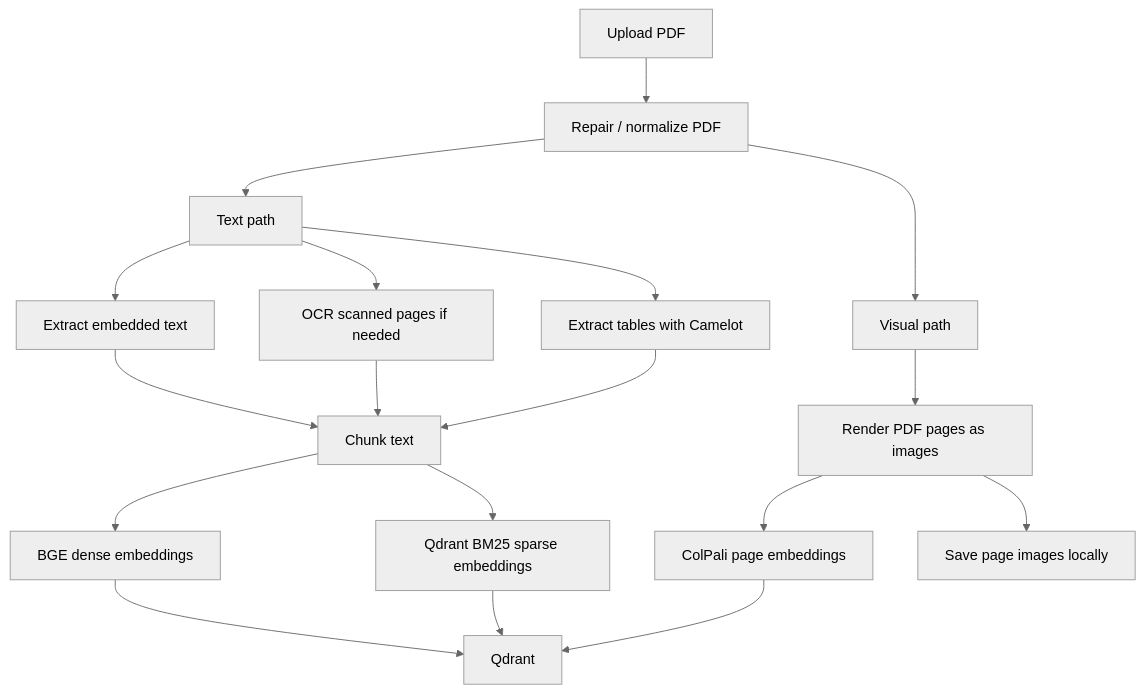
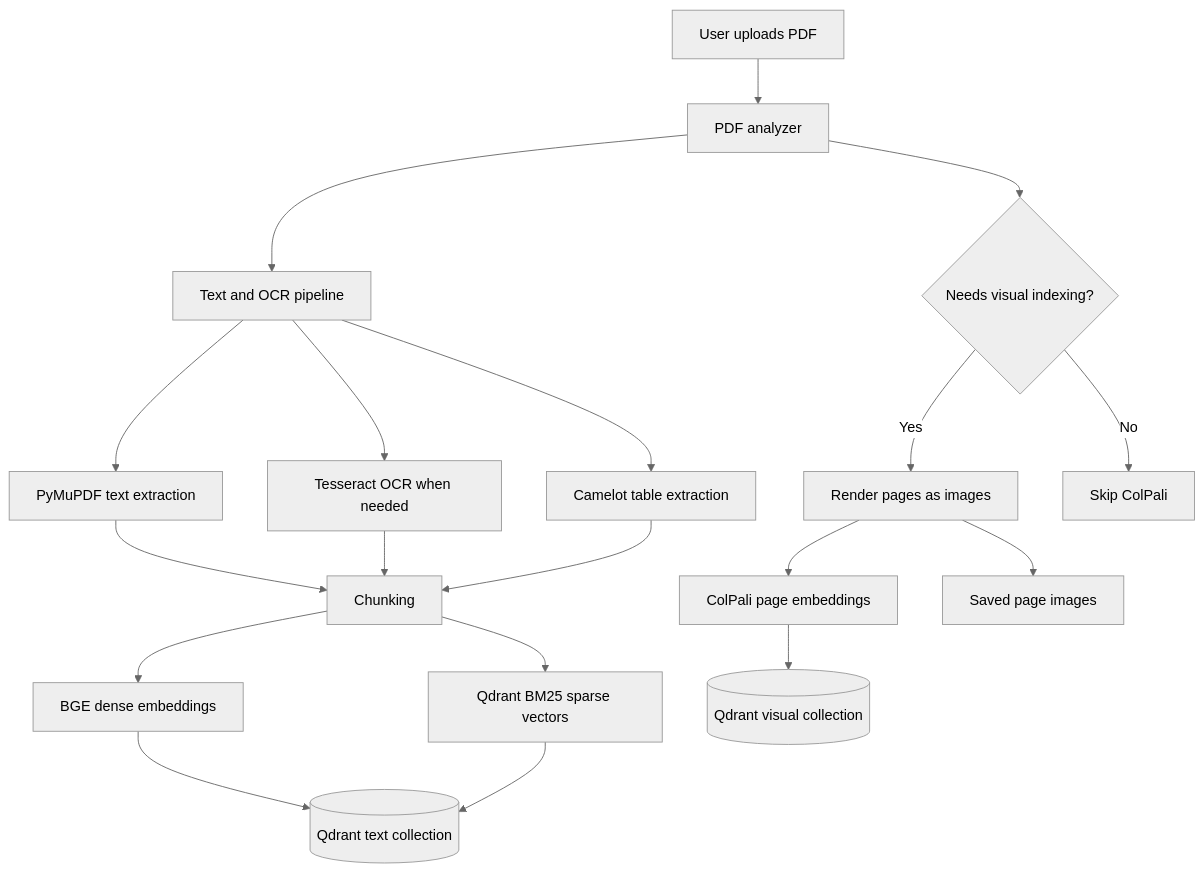
One commit to charan-x16/Retriva changed the first of 2 diagrams in README.md. Above: the diagram before and after it, drawn with Mermaid (neutral theme). The commit also changed other lines of this file and 14 other files, not shown here.

````diff
--- a/README.md
+++ b/README.md
@@ -39,22 +71,23 @@
 ```mermaid
 flowchart TD
-    A[Upload PDF] --> B[Repair / normalize PDF]
-    B --> C[Text path]
-    B --> D[Visual path]
+    U[User uploads PDF] --> A[PDF analyzer]
+    A --> T[Text and OCR pipeline]
+    A --> V{Needs visual indexing?}
 
-    C --> C1[Extract embedded text]
-    C --> C2[OCR scanned pages if needed]
-    C --> C3[Extract tables with Camelot]
-    C1 --> C4[Chunk text]
-    C2 --> C4
-    C3 --> C4
-    C4 --> C5[BGE dense embeddings]
-    C4 --> C6[Qdrant BM25 sparse embeddings]
-    C5 --> E[Qdrant]
-    C6 --> E
+    T --> T1[PyMuPDF text extraction]
+    T --> T2[Tesseract OCR when needed]
+    T --> T3[Camelot table extraction]
+    T1 --> C[Chunking]
+    T2 --> C
+    T3 --> C
+    C --> D[BGE dense embeddings]
+    C --> S[Qdrant BM25 sparse vectors]
+    D --> Q[(Qdrant text collection)]
+    S --> Q
 
-    D --> D1[Render PDF pages as images]
-    D1 --> D2[ColPali page embeddings]
-    D2 --> E
-    D1 --> D3[Save page images locally]
+    V -->|Yes| V1[Render pages as images]
+    V -->|No| SKIP[Skip ColPali]
+    V1 --> V2[ColPali page embeddings]
+    V2 --> QV[(Qdrant visual collection)]
+    V1 --> IMG[Saved page images]
 ```
````
